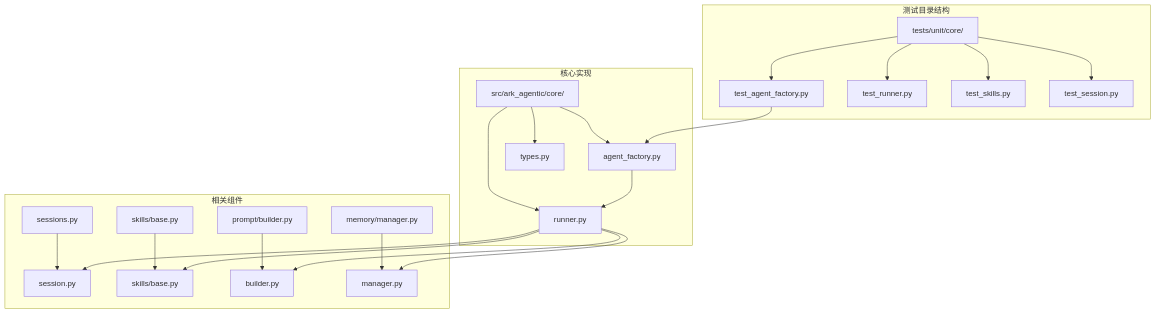
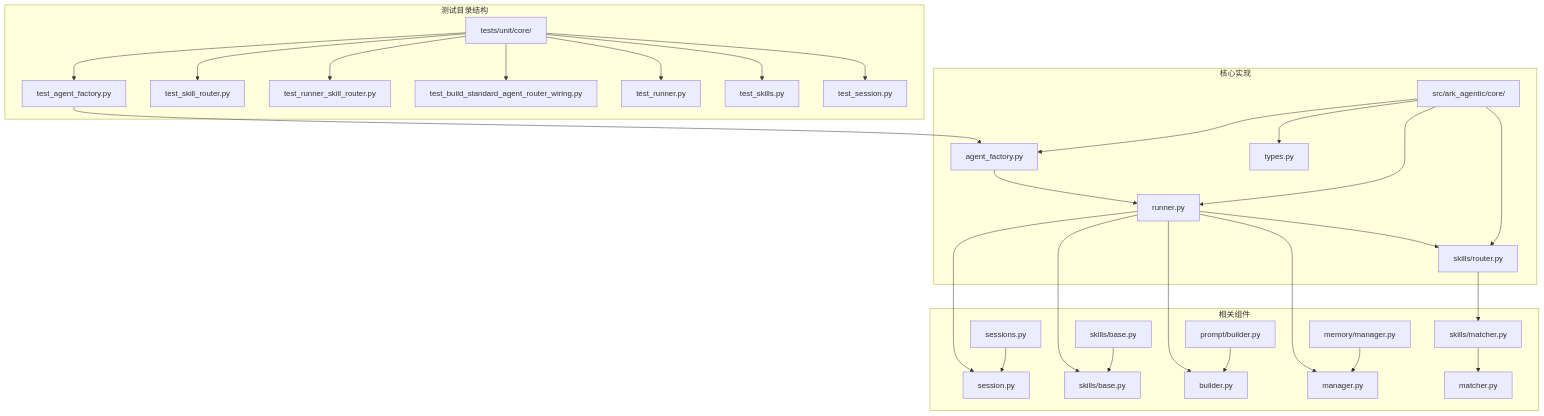
Before and after one commit to YU-JI-KUI/ark-agentic: the first of 18 diagrams in repowiki/zh/content/测试策略/单元测试/智能体工厂单元测试.md, drawn with Mermaid. The commit also changed other lines of this file and 7 other files, not shown here.

````diff
--- a/repowiki/zh/content/测试策略/单元测试/智能体工厂单元测试.md
+++ b/repowiki/zh/content/测试策略/单元测试/智能体工厂单元测试.md
@@ -36,26 +48,33 @@
 ```mermaid
 graph TB
 subgraph "测试目录结构"
 A[tests/unit/core/] --> B[test_agent_factory.py]
-A --> C[test_runner.py]
-A --> D[test_skills.py]
-A --> E[test_session.py]
+A --> C[test_skill_router.py]
+A --> D[test_runner_skill_router.py]
+A --> E[test_build_standard_agent_router_wiring.py]
+A --> F[test_runner.py]
+A --> G[test_skills.py]
+A --> H[test_session.py]
 end
 subgraph "核心实现"
-F[src/ark_agentic/core/] --> G[agent_factory.py]
-F --> H[runner.py]
-F --> I[types.py]
+I[src/ark_agentic/core/] --> J[agent_factory.py]
+I --> K[runner.py]
+I --> L[types.py]
+I --> M[skills/router.py]
 end
 subgraph "相关组件"
-J[sessions.py] --> K[session.py]
-L[skills/base.py] --> M[skills/base.py]
-N[prompt/builder.py] --> O[builder.py]
-P[memory/manager.py] --> Q[manager.py]
+N[sessions.py] --> O[session.py]
+P[skills/base.py] --> Q[skills/base.py]
+R[prompt/builder.py] --> S[builder.py]
+T[memory/manager.py] --> U[manager.py]
+V[skills/matcher.py] --> W[matcher.py]
 end
-B --> G
-G --> H
-H --> K
-H --> M
-H --> O
-H --> Q
+B --> J
+J --> K
+K --> O
+K --> Q
+K --> S
+K --> U
+K --> M
+M --> V
 ```
````
